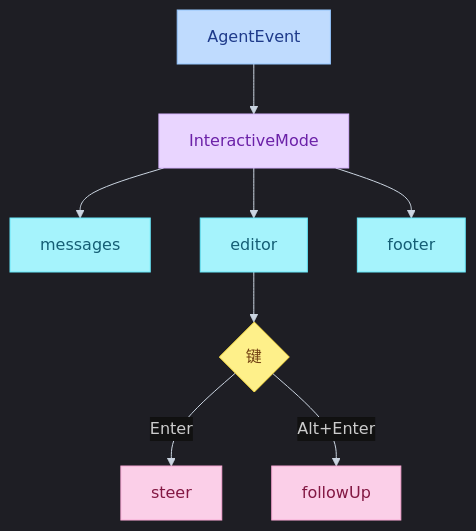
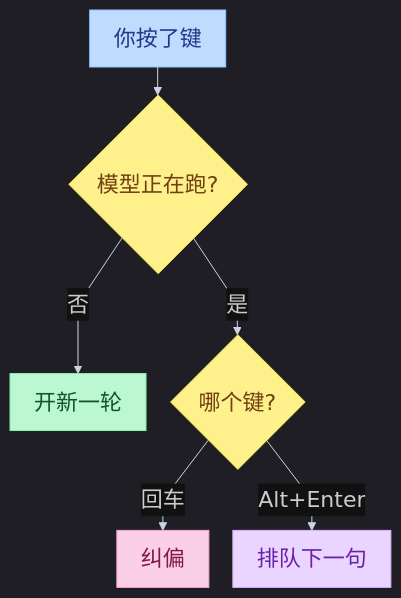
The second of 3 diagrams in 13-pi-agent/08-pi-interactive.md (juliepy/AI-Engineer-from-scrach), drawn with Mermaid before and after one commit. The commit also changed other lines of this file and 4 other files, not shown here.

Commit message:
Rewrite Pi sessions through Interactive notes around source call traces and three-layer diagrams.

````diff
--- a/13-pi-agent/08-pi-interactive.md
+++ b/13-pi-agent/08-pi-interactive.md
@@ -115,23 +149,21 @@
 ```mermaid
-%%{init: {"theme": "dark", "themeVariables": {"fontSize": "16px", "background": "#000000", "lineColor": "#CBD5E1", "edgeLabelBackground": "#111111"}}}%%
+%%{init: {"theme": "dark", "flowchart": {"curve": "linear", "rankSpacing": 28, "nodeSpacing": 24, "padding": 12, "useMaxWidth": false, "htmlLabels": true}, "themeVariables": {"fontSize": "22px", "background": "#000000", "lineColor": "#CBD5E1", "edgeLabelBackground": "#111111"}, "themeCSS": ".nodeLabel,.label,span{font-size:22px!important}"}}%%
 flowchart TB
-    EV["AgentEvent"] --> IM["InteractiveMode"]
-    IM --> MSG["messages"]
-    IM --> ED["editor"]
-    IM --> FT["footer"]
-    ED --> KEY{"键"}
-    KEY -->|"Enter"| ST["steer"]
-    KEY -->|"Alt+Enter"| FU["followUp"]
+    ED["你按了键"] --> BUSY{"模型正在跑?"}
+    BUSY -->|否| RUN["开新一轮"]
+    BUSY -->|是| KEY{"哪个键?"}
+    KEY -->|回车| S["纠偏"]
+    KEY -->|Alt+Enter| F["排队下一句"]
 
-    classDef a fill:#BFDBFE,stroke:#93C5FD,color:#1E3A8A
-    classDef b fill:#E9D5FF,stroke:#D8B4FE,color:#6B21A8
-    classDef c fill:#A5F3FC,stroke:#67E8F9,color:#155E75
-    classDef d fill:#FEF08A,stroke:#FDE047,color:#713F12
-    classDef e fill:#FBCFE8,stroke:#F9A8D4,color:#831843
+    classDef start fill:#BFDBFE,stroke:#93C5FD,color:#1E3A8A,font-size:22px
+    classDef dec fill:#FEF08A,stroke:#FDE047,color:#713F12,font-size:22px
+    classDef ok fill:#BBF7D0,stroke:#86EFAC,color:#14532D,font-size:22px
+    classDef bad fill:#FBCFE8,stroke:#F9A8D4,color:#831843,font-size:22px
+    classDef prod fill:#E9D5FF,stroke:#D8B4FE,color:#6B21A8,font-size:22px
 
-    class EV a
-    class IM b
-    class MSG,ED,FT c
-    class KEY d
-    class ST,FU e
+    class ED start
+    class BUSY,KEY dec
+    class RUN ok
+    class S bad
+    class F prod
 ```
````
